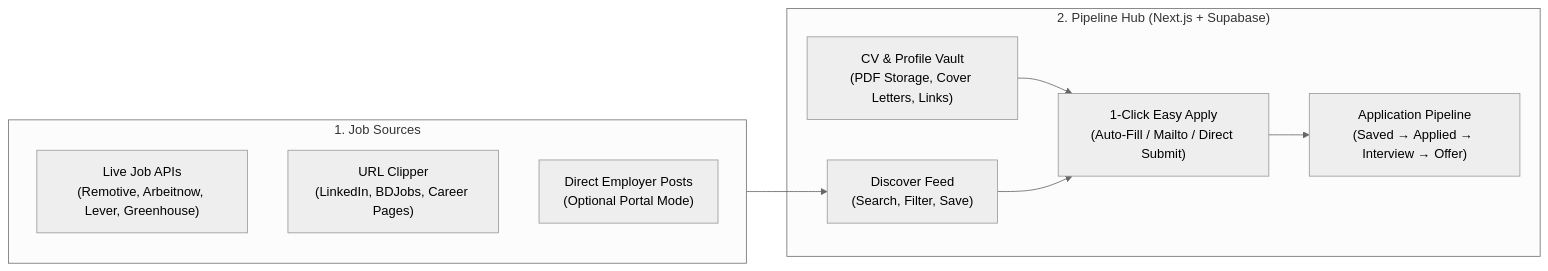
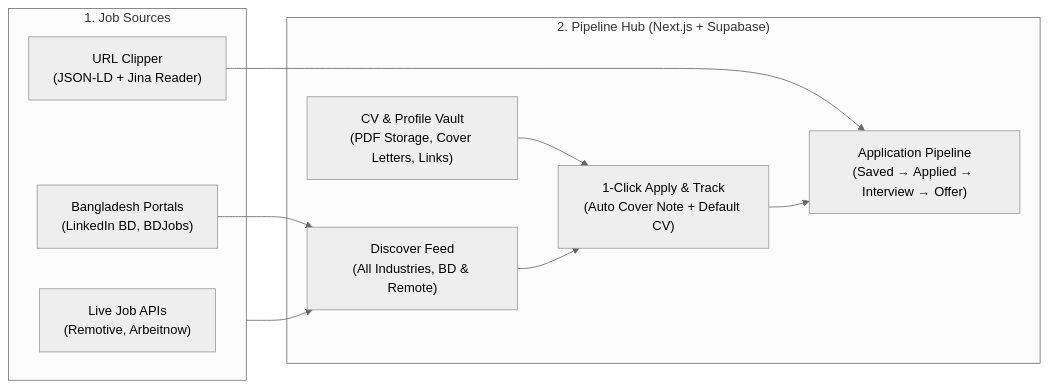
The diagram in MILESTONES.md (T14Z-x/jobpulse-tracker), drawn with Mermaid (neutral theme) before and after one commit. The commit also changed other lines of this file, not shown here.

````diff
--- a/MILESTONES.md
+++ b/MILESTONES.md
@@ -9,20 +9,22 @@
 ```mermaid
 flowchart LR
   subgraph Sources["1. Job Sources"]
-    API["Live Job APIs\n(Remotive, Arbeitnow, Lever, Greenhouse)"]
-    Scraper["URL Clipper\n(LinkedIn, BDJobs, Career Pages)"]
-    Employer["Direct Employer Posts\n(Optional Portal Mode)"]
+    API["Live Job APIs\n(Remotive, Arbeitnow)"]
+    BD["Bangladesh Portals\n(LinkedIn BD, BDJobs)"]
+    Scraper["URL Clipper\n(JSON-LD + Jina Reader)"]
   end
 
   subgraph Core["2. Pipeline Hub (Next.js + Supabase)"]
-    Discover["Discover Feed\n(Search, Filter, Save)"]
+    Discover["Discover Feed\n(All Industries, BD & Remote)"]
     Vault["CV & Profile Vault\n(PDF Storage, Cover Letters, Links)"]
-    EasyApply["1-Click Easy Apply\n(Auto-Fill / Mailto / Direct Submit)"]
+    EasyApply["1-Click Apply & Track\n(Auto Cover Note + Default CV)"]
     Board["Application Pipeline\n(Saved → Applied → Interview → Offer)"]
   end
 
   Sources --> Discover
+  BD --> Discover
+  Scraper --> Board
   Vault --> EasyApply
   Discover --> EasyApply
   EasyApply --> Board
 ```
````
